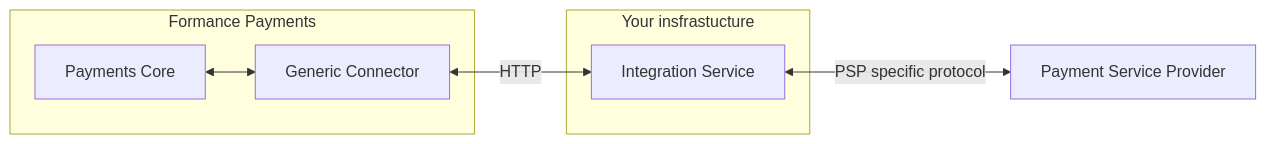
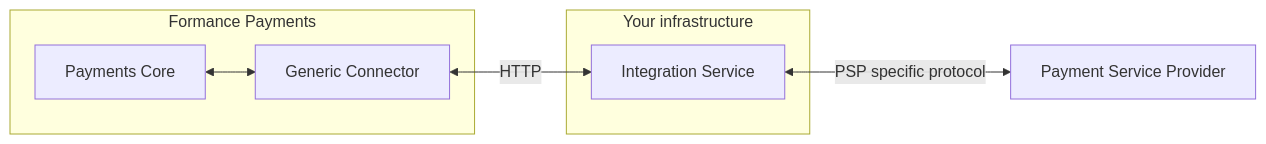
Before and after one commit to formancehq/docs: the second of 2 diagrams in docs/payments/connectors/generic/explanations/how_it_works.md, drawn with Mermaid.

Commit message:
fix: Fix a typo
Fixes DOC-96

````diff
--- a/docs/payments/connectors/generic/explanations/how_it_works.md
+++ b/docs/payments/connectors/generic/explanations/how_it_works.md
@@ -50,14 +50,14 @@
 ```mermaid
 graph LR
   Payments["Payments Core"]
   connector["Generic Connector"] 
   service["Integration Service"]
   psp["Payment Service Provider"]
   subgraph Formance Payments
     Payments <--> connector
   end
-  subgraph Your insfrastucture
+  subgraph Your infrastructure
     connector <-- HTTP --> service
   end
   service <-- PSP specific protocol --> psp
 ```
````
